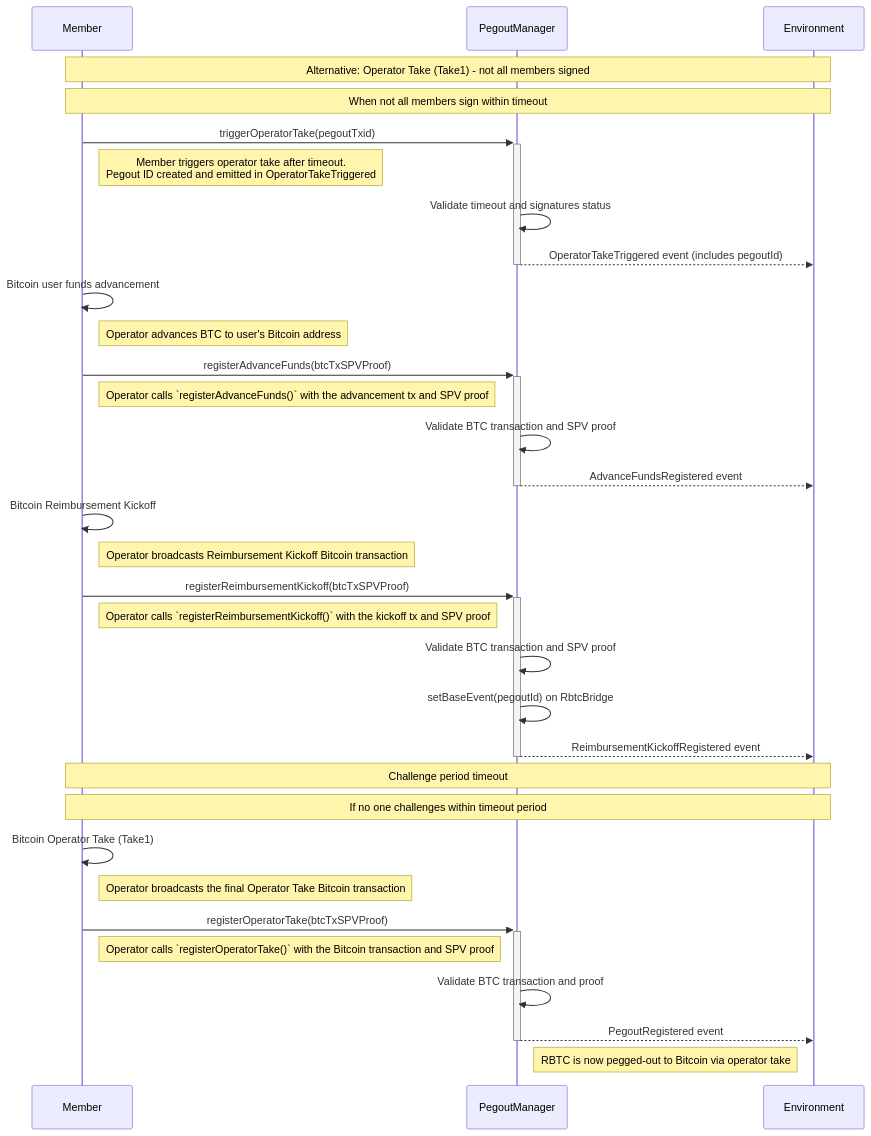
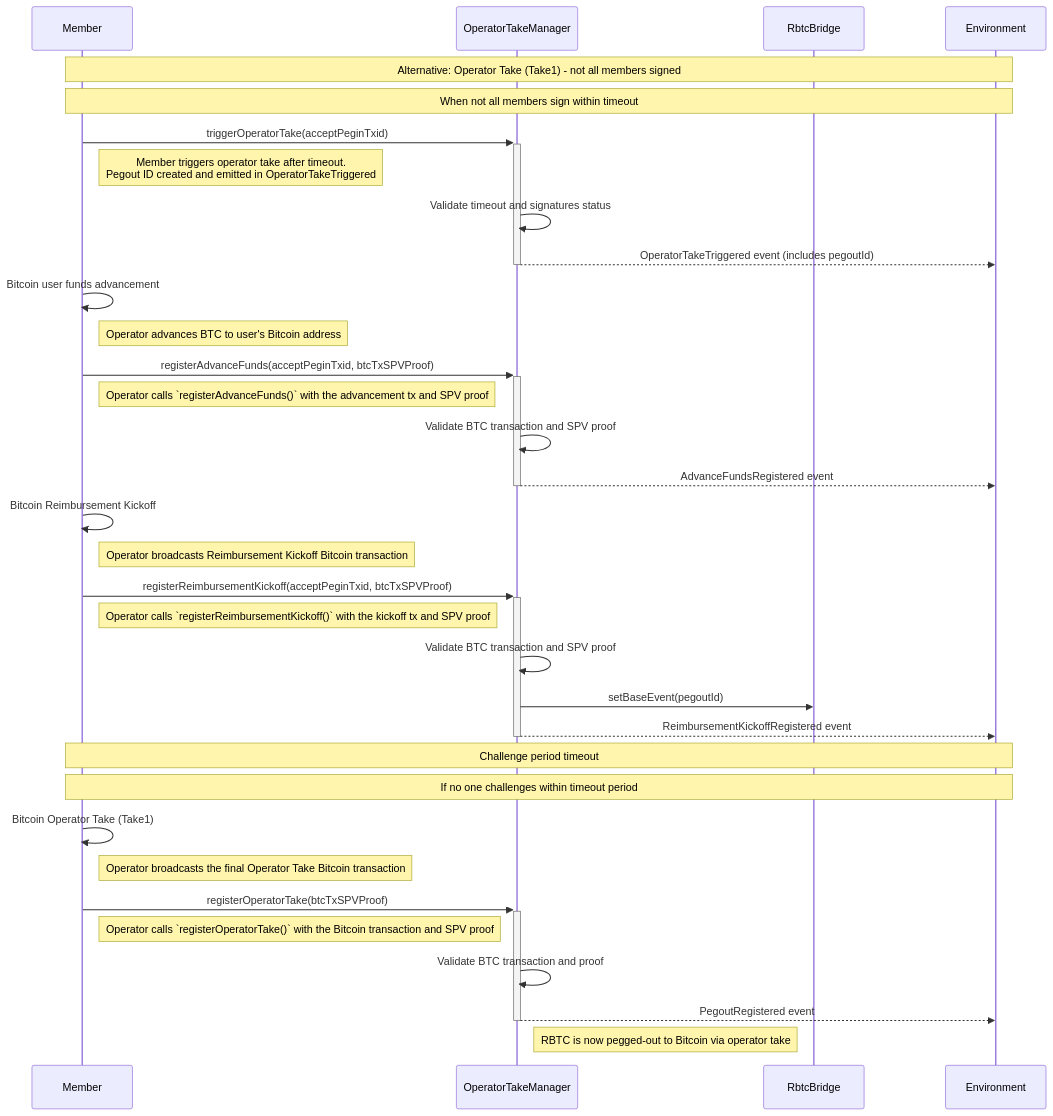
Diagram 12 of 14 in README.md (rsksmart/union-bridge-contracts), drawn with Mermaid before and after one commit. The commit also changed other lines of this file and 42 other files, not shown here.

First line of the commit message:
Splice OperatorTakeManager out of PegoutManager (#404)

````diff
--- a/README.md
+++ b/README.md
@@ -1019,41 +1019,42 @@
 ```mermaid
 sequenceDiagram
     participant M as Member
-    participant POM as PegoutManager
+    participant OTM as OperatorTakeManager
+    participant RB as RbtcBridge
     participant ENV as Environment
 
     Note over M,ENV: Alternative: Operator Take (Take1) - not all members signed
     Note over M,ENV: When not all members sign within timeout
 
-    M->>+POM: triggerOperatorTake(pegoutTxid)
+    M->>+OTM: triggerOperatorTake(acceptPeginTxid)
     Note right of M: Member triggers operator take after timeout.<br/>Pegout ID created and emitted in OperatorTakeTriggered
-    POM->>POM: Validate timeout and signatures status
-    POM-->>-ENV: OperatorTakeTriggered event (includes pegoutId)
+    OTM->>OTM: Validate timeout and signatures status
+    OTM-->>-ENV: OperatorTakeTriggered event (includes pegoutId)
 
     M->>M: Bitcoin user funds advancement
     Note right of M: Operator advances BTC to user's Bitcoin address
-    M->>+POM: registerAdvanceFunds(btcTxSPVProof)
+    M->>+OTM: registerAdvanceFunds(acceptPeginTxid, btcTxSPVProof)
     Note right of M: Operator calls `registerAdvanceFunds()` with the advancement tx and SPV proof
-    POM->>POM: Validate BTC transaction and SPV proof
-    POM-->>-ENV: AdvanceFundsRegistered event
+    OTM->>OTM: Validate BTC transaction and SPV proof
+    OTM-->>-ENV: AdvanceFundsRegistered event
 
     M->>M: Bitcoin Reimbursement Kickoff
     Note right of M: Operator broadcasts Reimbursement Kickoff Bitcoin transaction
-    M->>+POM: registerReimbursementKickoff(btcTxSPVProof)
+    M->>+OTM: registerReimbursementKickoff(acceptPeginTxid, btcTxSPVProof)
     Note right of M: Operator calls `registerReimbursementKickoff()` with the kickoff tx and SPV proof
-    POM->>POM: Validate BTC transaction and SPV proof
-    POM->>POM: setBaseEvent(pegoutId) on RbtcBridge
-    POM-->>-ENV: ReimbursementKickoffRegistered event
+    OTM->>OTM: Validate BTC transaction and SPV proof
+    OTM->>RB: setBaseEvent(pegoutId)
+    OTM-->>-ENV: ReimbursementKickoffRegistered event
 
     Note over M,ENV: Challenge period timeout
     Note over M,ENV: If no one challenges within timeout period
 
     M->>M: Bitcoin Operator Take (Take1)
     Note right of M: Operator broadcasts the final Operator Take Bitcoin transaction
 
-    M->>+POM: registerOperatorTake(btcTxSPVProof)
+    M->>+OTM: registerOperatorTake(btcTxSPVProof)
     Note right of M: Operator calls `registerOperatorTake()` with the Bitcoin transaction and SPV proof
-    POM->>POM: Validate BTC transaction and proof
-    POM-->>-ENV: PegoutRegistered event
-    Note right of POM: RBTC is now pegged-out to Bitcoin via operator take
+    OTM->>OTM: Validate BTC transaction and proof
+    OTM-->>-ENV: PegoutRegistered event
+    Note right of OTM: RBTC is now pegged-out to Bitcoin via operator take
 ```
````
